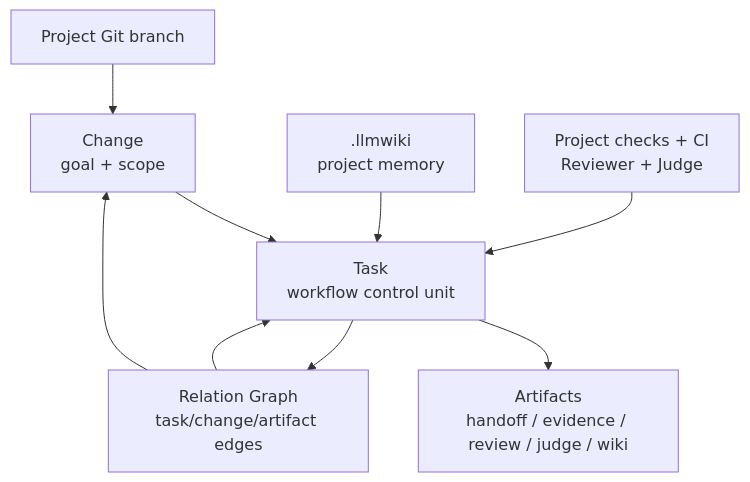
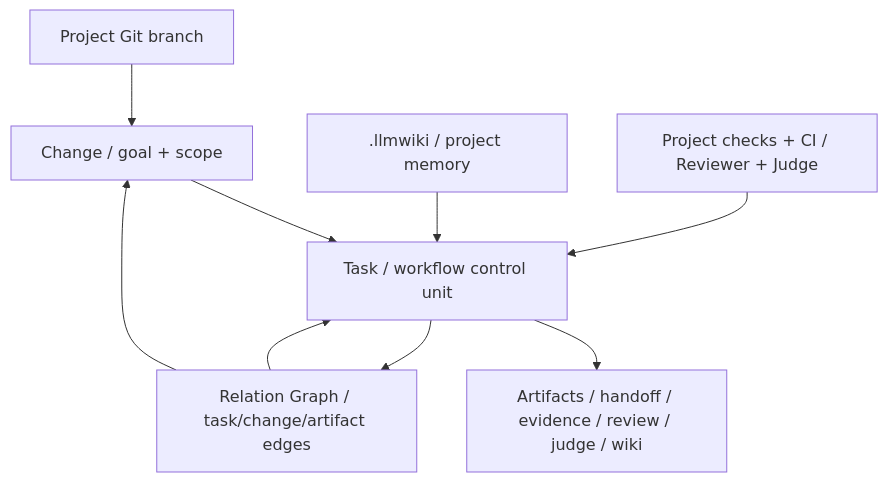
The first of 6 diagrams in README.md (geebytes/kata), drawn with Mermaid before and after one commit. The commit also changed other lines of this file and 1 other file, not shown here.

Commit message:
docs: fix mermaid diagrams — replace br tags with plain text separators

````diff
--- a/README.md
+++ b/README.md
@@ -59,11 +59,11 @@
 ```mermaid
 flowchart TD
-    P["Project Git branch"] --> C["Change<br/>goal + scope"]
-    C --> T["Task<br/>workflow control unit"]
-    T --> A["Artifacts<br/>handoff / evidence / review / judge / wiki"]
-    RG["Relation Graph<br/>task/change/artifact edges"] --> C
+    P["Project Git branch"] --> C["Change / goal + scope"]
+    C --> T["Task / workflow control unit"]
+    T --> A["Artifacts / handoff / evidence / review / judge / wiki"]
+    RG["Relation Graph / task/change/artifact edges"] --> C
     RG --> T
-    W[".llmwiki<br/>project memory"] --> T
-    Q["Project checks + CI<br/>Reviewer + Judge"] --> T
+    W[".llmwiki / project memory"] --> T
+    Q["Project checks + CI / Reviewer + Judge"] --> T
     T --> RG
 ```
````
